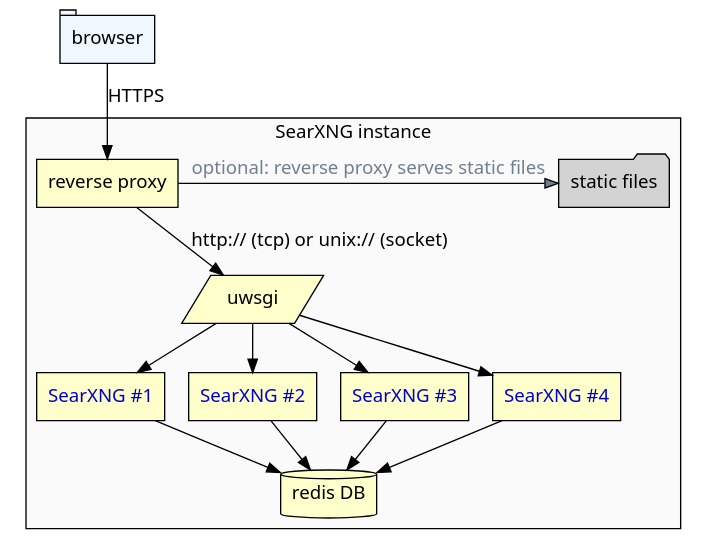
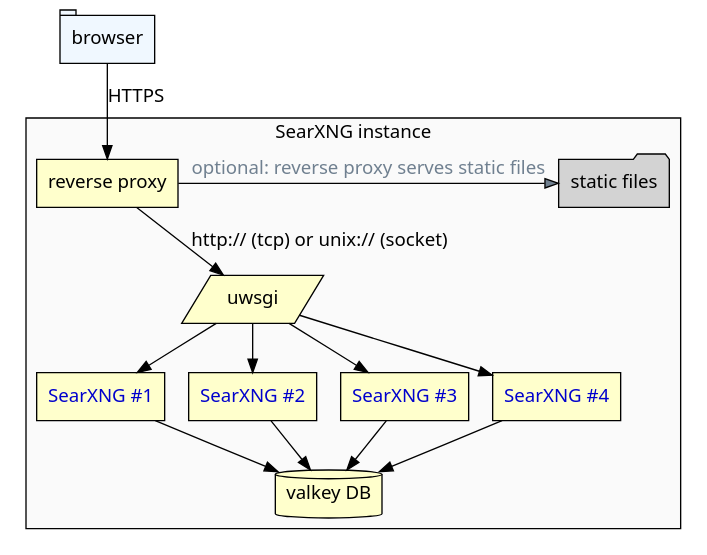
Before and after one commit to searxng/searxng: the diagram in docs/admin/arch_public.dot, drawn with Graphviz. The commit also changed 42 other files, not shown here.

First line of the commit message:
[mod] migrate from Redis to Valkey (#4795)

```diff
--- a/docs/admin/arch_public.dot
+++ b/docs/admin/arch_public.dot
@@ -1,30 +1,31 @@
 digraph G {
 
   node [style=filled, shape=box, fillcolor="#ffffcc", fontname=Sans];
   edge [fontname="Sans"];
 
   browser [label="browser", shape=tab, fillcolor=aliceblue];
   rp      [label="reverse proxy"];
   static  [label="static files", shape=folder, href="url to configure static files", fillcolor=lightgray];
   uwsgi   [label="uwsgi", shape=parallelogram href="https://docs.searxng.org/utils/searxng.sh.html"]
-  redis     [label="redis DB", shape=cylinder];
+  valkey  [label="valkey DB", shape=cylinder];
+
   searxng1  [label="SearXNG #1", fontcolor=blue3];
   searxng2  [label="SearXNG #2", fontcolor=blue3];
   searxng3  [label="SearXNG #3", fontcolor=blue3];
   searxng4  [label="SearXNG #4", fontcolor=blue3];
 
   browser -> rp [label="HTTPS"]
 
   subgraph cluster_searxng {
       label = "SearXNG instance" fontname=Sans;
       bgcolor="#fafafa";
       { rank=same; static rp };
       rp -> static  [label="optional: reverse proxy serves static files", fillcolor=slategray, fontcolor=slategray];
       rp -> uwsgi [label="http:// (tcp) or unix:// (socket)"];
-      uwsgi -> searxng1 -> redis;
-      uwsgi -> searxng2 -> redis;
-      uwsgi -> searxng3 -> redis;
-      uwsgi -> searxng4 -> redis;
+      uwsgi -> searxng1 -> valkey;
+      uwsgi -> searxng2 -> valkey;
+      uwsgi -> searxng3 -> valkey;
+      uwsgi -> searxng4 -> valkey;
   }
 
 }
```
